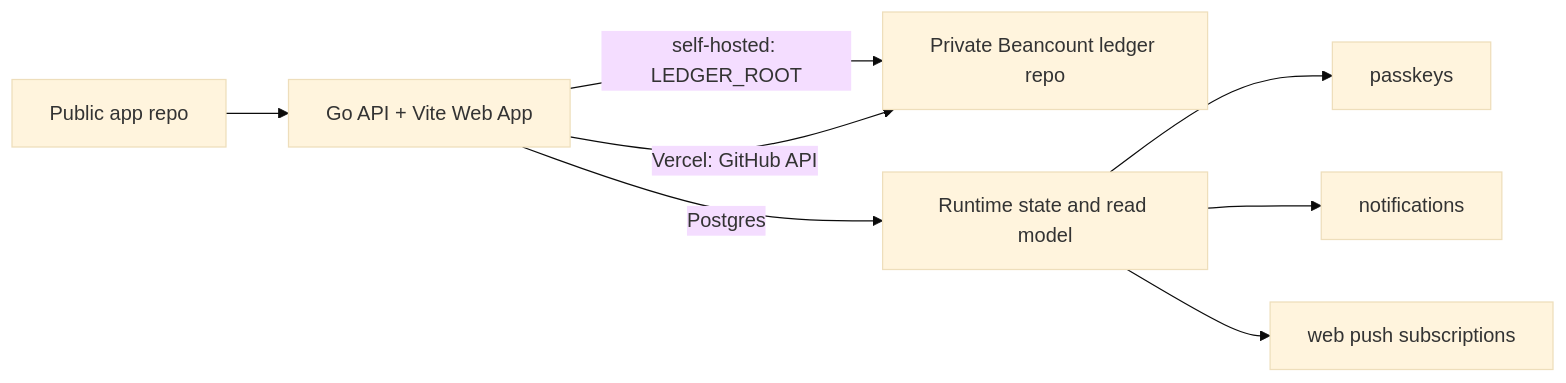
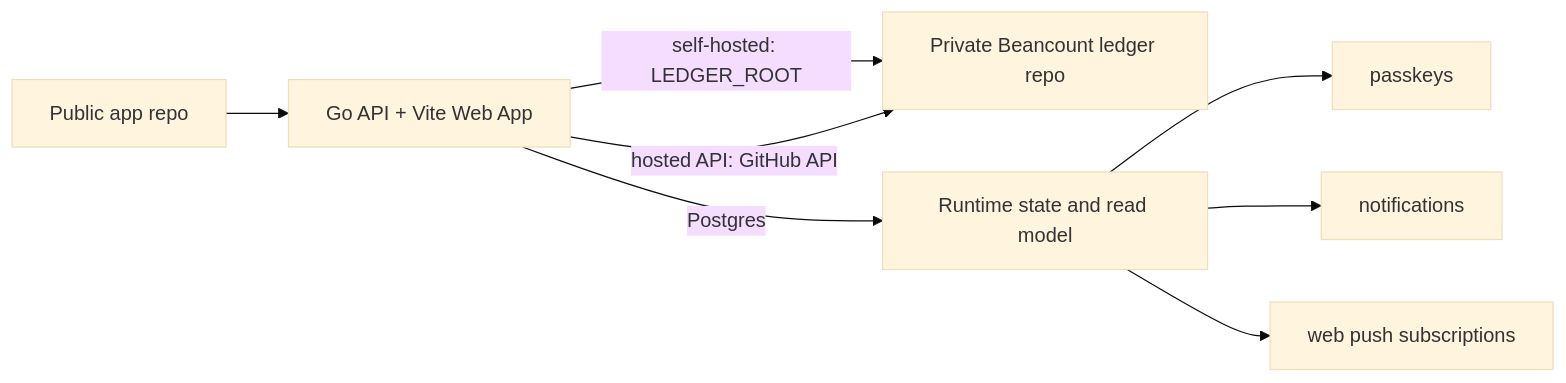
The diagram in README.md (qiaoborui/beancount-ledger-web), drawn with Mermaid (base theme) before and after one commit. The commit also changed other lines of this file and 12 other files, not shown here.

````diff
--- a/README.md
+++ b/README.md
@@ -30,10 +30,10 @@
 ```mermaid
 graph LR
     A[Public app repo] --> B[Go API + Vite Web App]
     B -->|self-hosted: LEDGER_ROOT| C[Private Beancount ledger repo]
-    B -->|Vercel: GitHub API| C
+    B -->|hosted API: GitHub API| C
     B -->|Postgres| D[Runtime state and read model]
     D --> E[passkeys]
     D --> F[notifications]
     D --> G[web push subscriptions]
 ```
````
